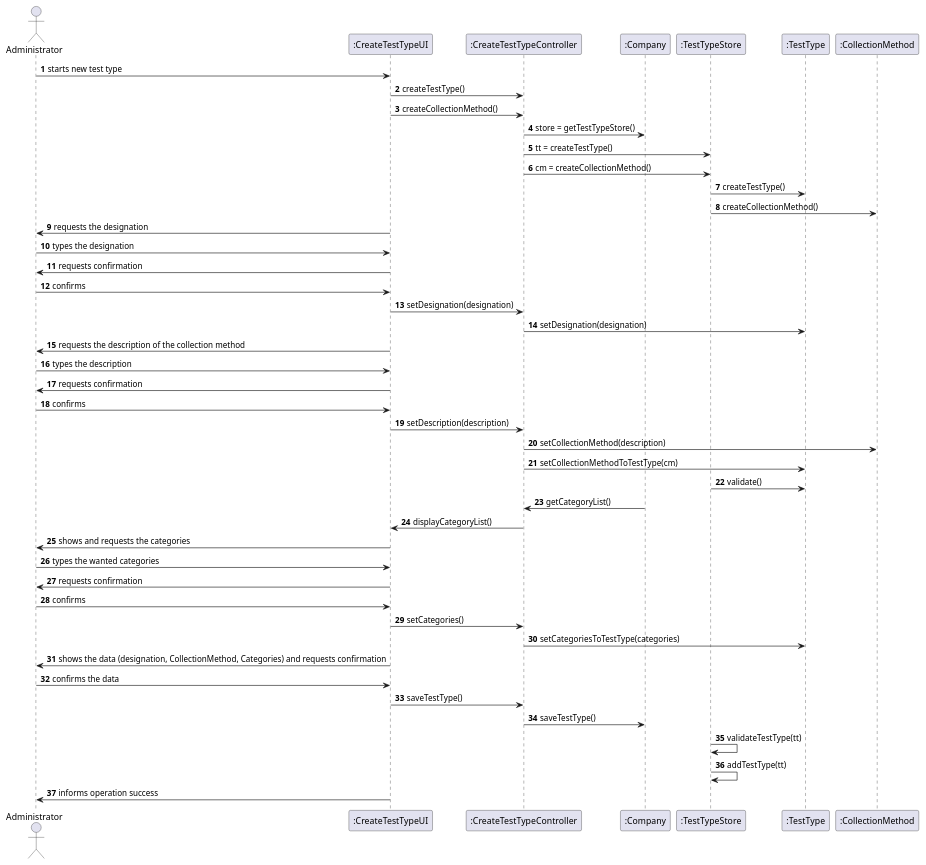
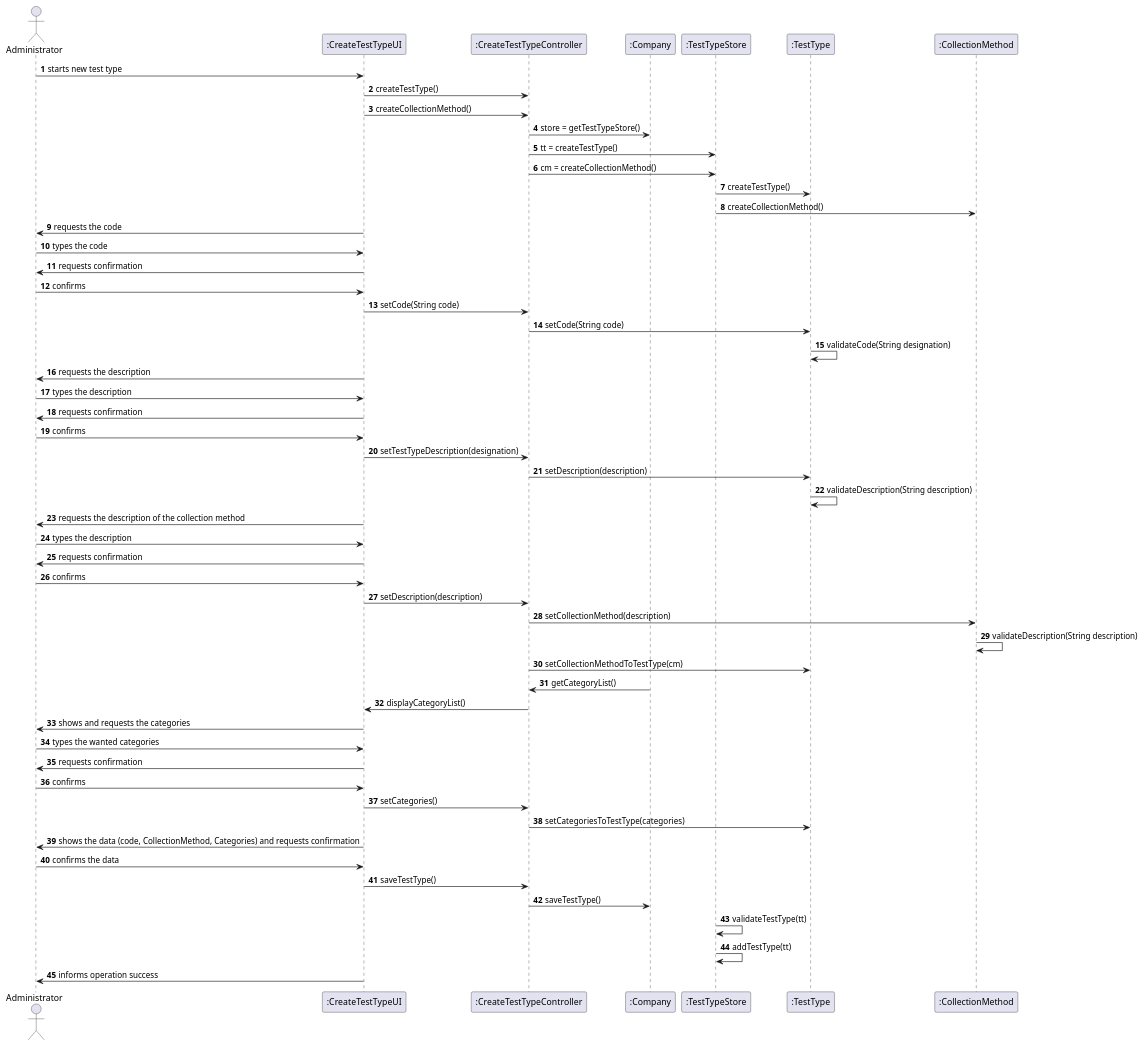
One commit to MadDinosaur/ISEP-LAPR2 changed the diagram in docs/SprintB/US9/US9_SD.puml. Above: the diagram before and after it, drawn with PlantUML. The commit also changed 12 other files, not shown here.

```diff
--- a/docs/SprintB/US9/US9_SD.puml
+++ b/docs/SprintB/US9/US9_SD.puml
@@ -1,58 +1,67 @@
 @startuml
 
 
 autonumber
 
 actor Administrator
 
 Administrator -> ":CreateTestTypeUI": starts new test type
 ":CreateTestTypeUI" -> ":CreateTestTypeController": createTestType()
 ":CreateTestTypeUI" -> ":CreateTestTypeController": createCollectionMethod()
 ":CreateTestTypeController" -> ":Company": store = getTestTypeStore()
 ":CreateTestTypeController" -> ":TestTypeStore": tt = createTestType()
 ":CreateTestTypeController" -> ":TestTypeStore": cm = createCollectionMethod()
 ":TestTypeStore" -> ":TestType": createTestType()
 ":TestTypeStore" -> ":CollectionMethod": createCollectionMethod()
 
-":CreateTestTypeUI" -> Administrator: requests the designation
-Administrator -> ":CreateTestTypeUI": types the designation
+":CreateTestTypeUI" -> Administrator: requests the code
+Administrator -> ":CreateTestTypeUI": types the code
 ":CreateTestTypeUI" -> Administrator: requests confirmation
 Administrator -> ":CreateTestTypeUI": confirms
 
-":CreateTestTypeUI" -> ":CreateTestTypeController": setDesignation(designation)
-":CreateTestTypeController" -> ":TestType": setDesignation(designation)
+":CreateTestTypeUI" -> ":CreateTestTypeController": setCode(String code)
+":CreateTestTypeController" -> ":TestType": setCode(String code)
+":TestType" -> ":TestType": validateCode(String designation)
+
+":CreateTestTypeUI" -> Administrator: requests the description
+Administrator -> ":CreateTestTypeUI": types the description
+":CreateTestTypeUI" -> Administrator: requests confirmation
+Administrator -> ":CreateTestTypeUI": confirms
+
+":CreateTestTypeUI" -> ":CreateTestTypeController": setTestTypeDescription(designation)
+":CreateTestTypeController" -> ":TestType": setDescription(description)
+":TestType" -> ":TestType": validateDescription(String description)
 
 ":CreateTestTypeUI" -> Administrator: requests the description of the collection method
 Administrator -> ":CreateTestTypeUI": types the description
 ":CreateTestTypeUI" -> Administrator: requests confirmation
 Administrator -> ":CreateTestTypeUI": confirms
 
 ":CreateTestTypeUI" -> ":CreateTestTypeController": setDescription(description)
 
 ":CreateTestTypeController" -> ":CollectionMethod": setCollectionMethod(description)
+":CollectionMethod" -> ":CollectionMethod": validateDescription(String description)
 ":CreateTestTypeController" -> ":TestType": setCollectionMethodToTestType(cm)
-
-":TestTypeStore" -> ":TestType": validate()
 
 ":Company" -> ":CreateTestTypeController": getCategoryList()
 ":CreateTestTypeController" -> ":CreateTestTypeUI": displayCategoryList()
 
 ":CreateTestTypeUI" -> Administrator: shows and requests the categories
 Administrator -> ":CreateTestTypeUI": types the wanted categories
 ":CreateTestTypeUI" -> Administrator: requests confirmation
 Administrator -> ":CreateTestTypeUI": confirms
 
 ":CreateTestTypeUI" -> ":CreateTestTypeController": setCategories()
 ":CreateTestTypeController" -> ":TestType": setCategoriesToTestType(categories)
-":CreateTestTypeUI" -> Administrator: shows the data (designation, CollectionMethod, Categories) and requests confirmation
+":CreateTestTypeUI" -> Administrator: shows the data (code, CollectionMethod, Categories) and requests confirmation
 Administrator -> ":CreateTestTypeUI": confirms the data
 ":CreateTestTypeUI" -> ":CreateTestTypeController": saveTestType()
 ":CreateTestTypeController" -> ":Company": saveTestType()
 ":TestTypeStore" -> ":TestTypeStore": validateTestType(tt)
 ":TestTypeStore" -> ":TestTypeStore": addTestType(tt)
 
 ":CreateTestTypeUI" -> Administrator: informs operation success
 
 
 
 @enduml
```
